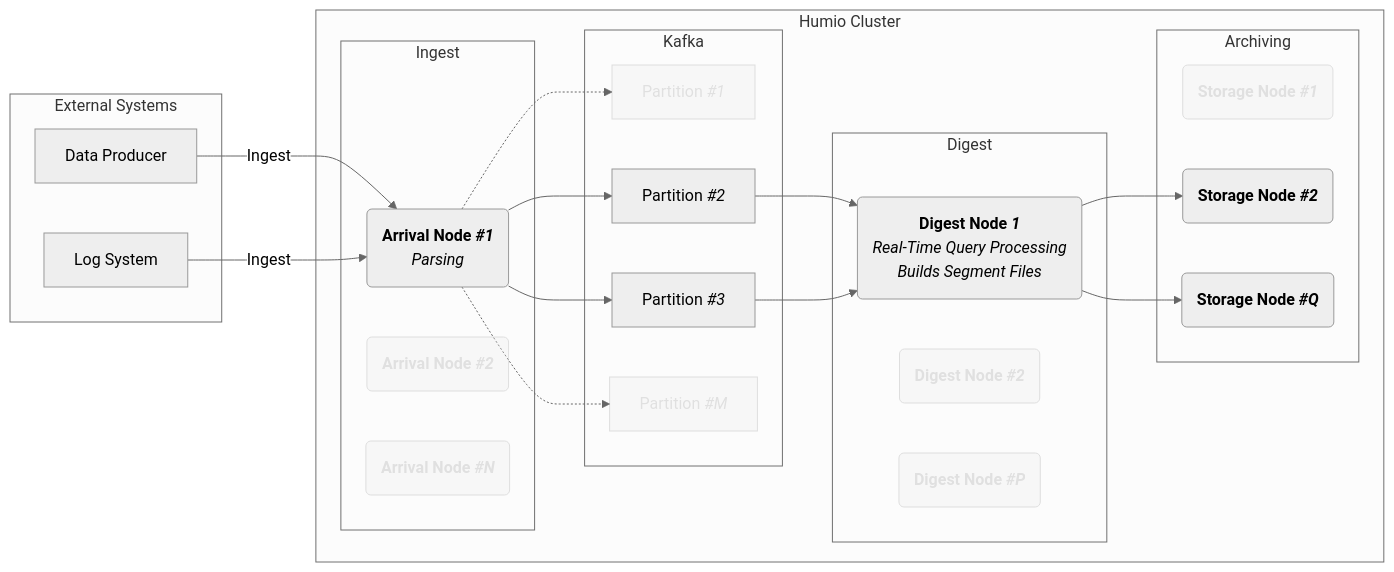
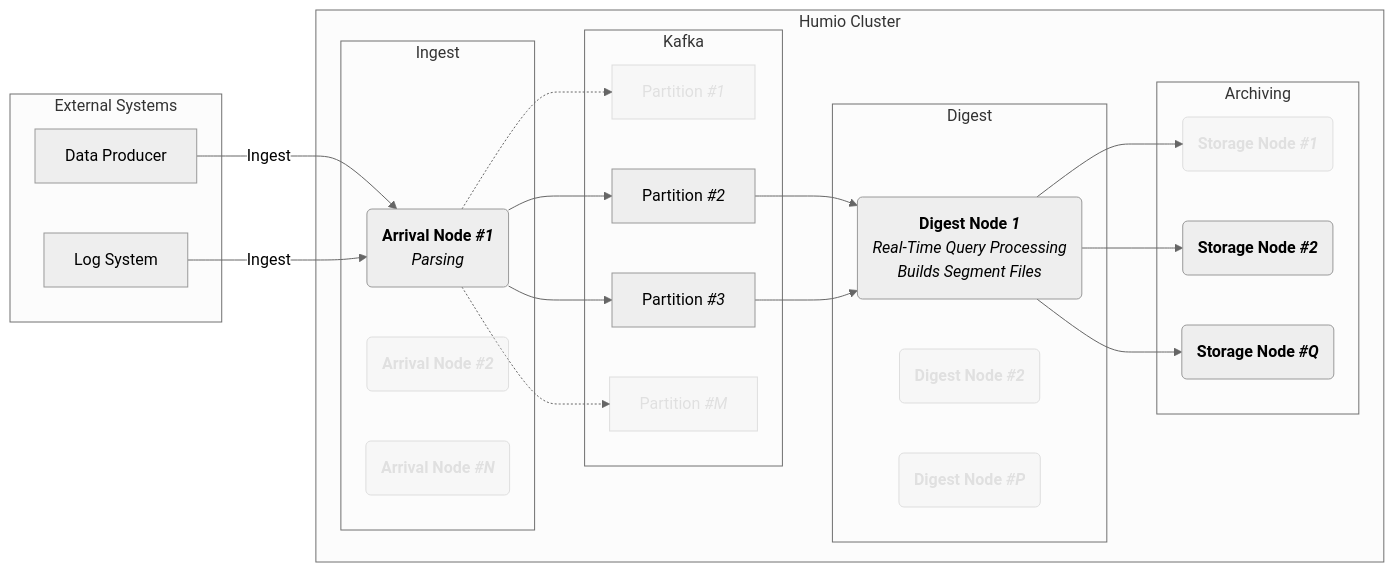
Before and after one commit to somedatapacket/docs.humio.com: the sixth of 6 diagrams in content/concepts/ingest-flow.md, drawn with Mermaid (neutral theme). The commit also changed other lines of this file, not shown here.

```diff
--- a/content/concepts/ingest-flow.md
+++ b/content/concepts/ingest-flow.md
@@ -204,43 +204,43 @@
 {{<mermaid align="center">}}
 graph LR;
     subgraph External Systems
       Ext1[Data Producer]
       Ext2[Log System]
     end
 
     subgraph Humio Cluster
 
       subgraph Ingest
         A1("<b>Arrival Node <em>#1</em></b><br><em>Parsing</em>")
         A2("<b>Arrival Node <em>#2</em></b>")
         AN("<b>Arrival Node <em>#N</em></b>")
 
         Ext1 -->|Ingest| A1
         Ext2 -->|Ingest| A1
       end
 
       subgraph Kafka
         A1 -.-> P1["Partition <em>#1</em>"]
         A1 --> P2["Partition <em>#2</em>"]
         A1 --> P3["Partition <em>#3</em>"]
         A1 -.-> PN["Partition <em>#M</em>"]
       end
 
       subgraph Digest
         P2 --> D1("<b>Digest Node <em>1</em></b><br><em>Real-Time Query Processing<br>Builds Segment Files</em>")
         P3 --> D1
 
         D2("<b>Digest Node <em>#2</em></b>")
         DN("<b>Digest Node <em>#P</em></b>")
       end
       subgraph Archiving
-        S1("<b>Storage Node <em>#1</em></b>")
+        D1 --> S1("<b>Storage Node <em>#1</em></b>")
         D1 --> S2("<b>Storage Node <em>#2</em></b>")
         D1 --> SN("<b>Storage Node <em>#Q</em></b>")
       end
     end
 
     classDef faded opacity:0.3;
     class A2,AN,P1,PN,D2,DN,S1 faded;
 
 {{< /mermaid >}}
```
